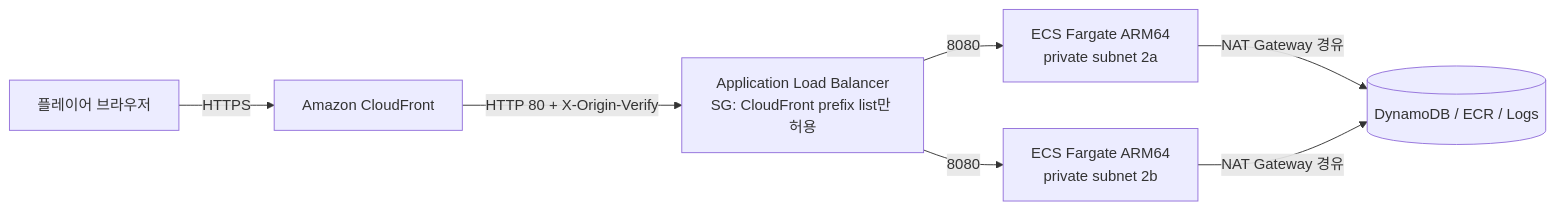
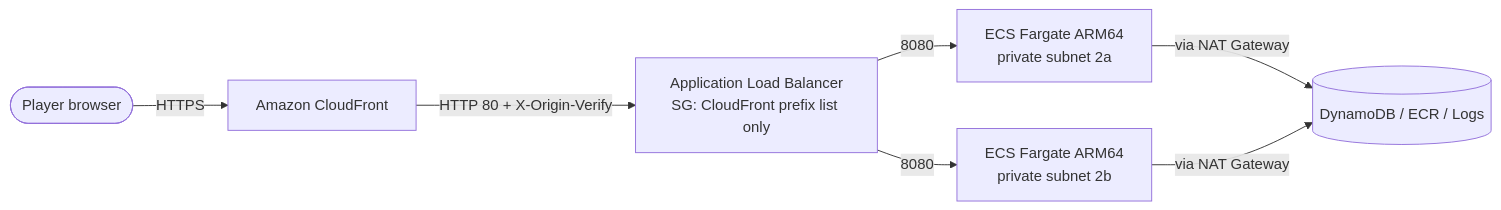
The first of 2 diagrams in README.md (whchoi98/kart-game), drawn with Mermaid before and after one commit. The commit also changed other lines of this file and 78 other files, not shown here.

````diff
--- a/README.md
+++ b/README.md
@@ -25,8 +41,8 @@
 ```mermaid
 flowchart LR
-  U[플레이어 브라우저] -->|HTTPS| CF[Amazon CloudFront]
-  CF -->|HTTP 80 + X-Origin-Verify| ALB[Application Load Balancer<br/>SG: CloudFront prefix list만 허용]
+  U([Player browser]) -->|HTTPS| CF[Amazon CloudFront]
+  CF -->|HTTP 80 + X-Origin-Verify| ALB[Application Load Balancer<br/>SG: CloudFront prefix list only]
   ALB -->|8080| T1[ECS Fargate ARM64<br/>private subnet 2a]
   ALB -->|8080| T2[ECS Fargate ARM64<br/>private subnet 2b]
-  T1 & T2 -->|NAT Gateway 경유| AWS[(DynamoDB / ECR / Logs)]
+  T1 & T2 -->|via NAT Gateway| AWS[(DynamoDB / ECR / Logs)]
 ```
````
